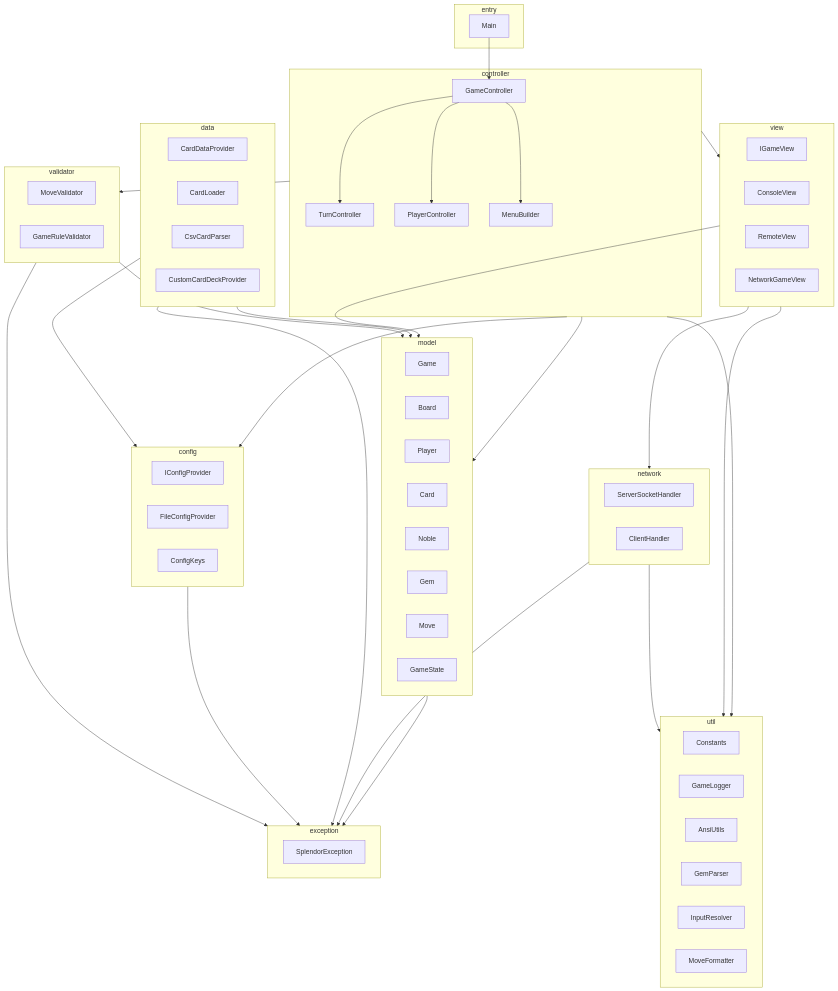
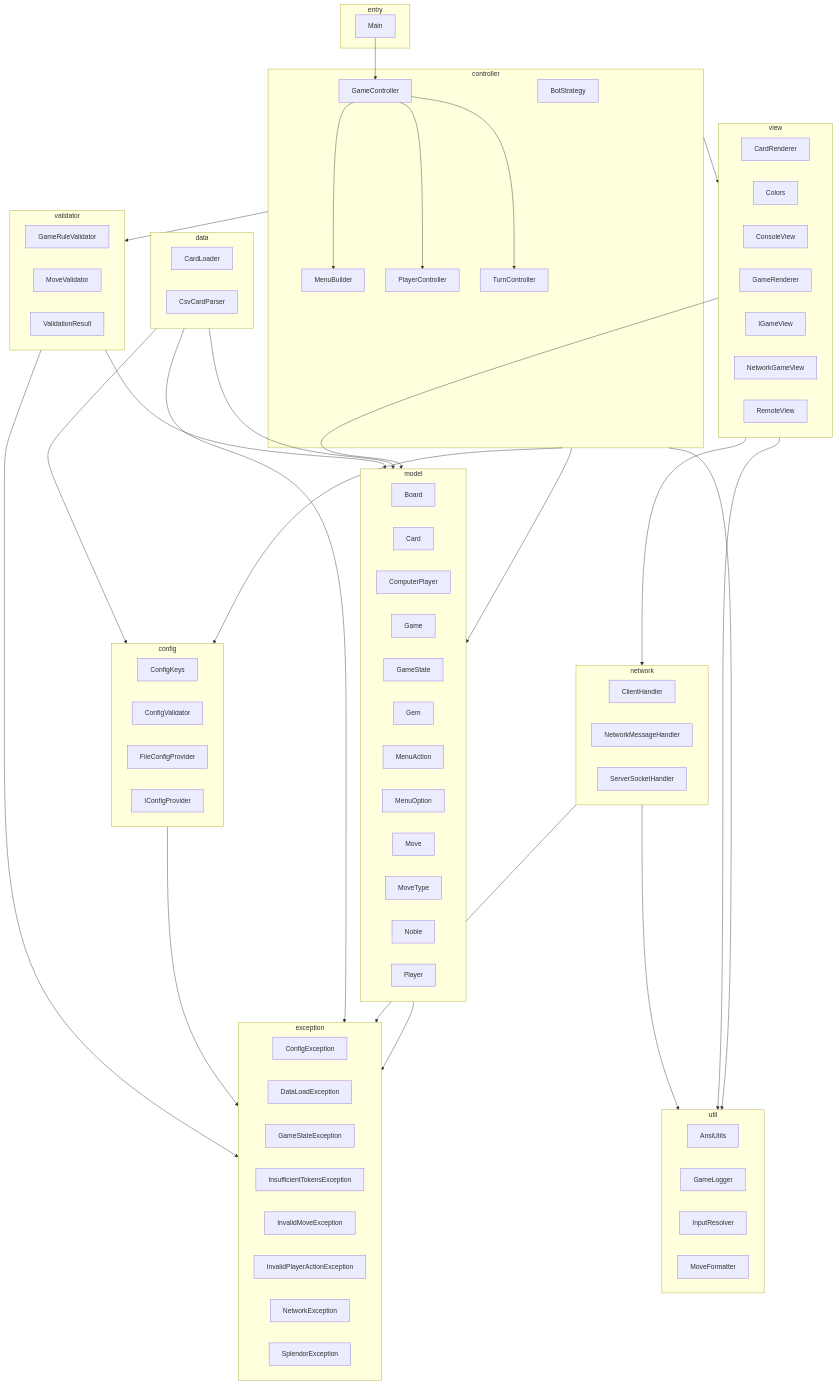
The diagram in diagrams/src/splendor-class-diagram_11.mmd (bryanseah234/playsplendor), drawn with Mermaid before and after one commit. The commit also changed 89 other files, not shown here.

Commit message:
diagrams

```diff
--- a/diagrams/src/splendor-class-diagram_11.mmd
+++ b/diagrams/src/splendor-class-diagram_11.mmd
@@ -1,89 +1,103 @@
 flowchart TD
     subgraph entry["entry"]
         Main
     end
-    
+
+    subgraph config["config"]
+        ConfigKeys
+        ConfigValidator
+        FileConfigProvider
+        IConfigProvider
+    end
+
     subgraph controller["controller"]
+        BotStrategy
         GameController
+        MenuBuilder
+        PlayerController
         TurnController
-        PlayerController
-        MenuBuilder
     end
-    
+
     subgraph model["model"]
+        Board
+        Card
+        ComputerPlayer
         Game
-        Board
+        GameState
+        Gem
+        MenuAction
+        MenuOption
+        Move
+        MoveType
+        Noble
         Player
-        Card
-        Noble
-        Gem
-        Move
-        GameState
     end
-    
+
     subgraph validator["validator"]
+        GameRuleValidator
         MoveValidator
-        GameRuleValidator
+        ValidationResult
     end
-    
+
     subgraph view["view"]
+        CardRenderer
+        Colors
+        ConsoleView
+        GameRenderer
         IGameView
-        ConsoleView
+        NetworkGameView
         RemoteView
-        NetworkGameView
     end
-    
+
     subgraph data["data"]
-        CardDataProvider
         CardLoader
         CsvCardParser
-        CustomCardDeckProvider
     end
-    
-    subgraph config["config"]
-        IConfigProvider
-        FileConfigProvider
-        ConfigKeys
+
+    subgraph network["network"]
+        ClientHandler
+        NetworkMessageHandler
+        ServerSocketHandler
     end
-    
-    subgraph network["network"]
-        ServerSocketHandler
-        ClientHandler
-    end
-    
+
     subgraph util["util"]
-        Constants
+        AnsiUtils
         GameLogger
-        AnsiUtils
-        GemParser
         InputResolver
         MoveFormatter
     end
-    
+
     subgraph exception["exception"]
+        ConfigException
+        DataLoadException
+        GameStateException
+        InsufficientTokensException
+        InvalidMoveException
+        InvalidPlayerActionException
+        NetworkException
         SplendorException
     end
-    
+
     Main --> GameController
     GameController --> TurnController
     GameController --> PlayerController
     GameController --> MenuBuilder
     
     controller --> model
     controller --> view
     controller --> validator
     controller --> config
     controller --> util
     
     model --> exception
     view --> model
     view --> util
     view --> network
     network --> util
     network --> exception
     data --> model
     data --> config
     data --> exception
     config --> exception
     validator --> model
     validator --> exception
```
